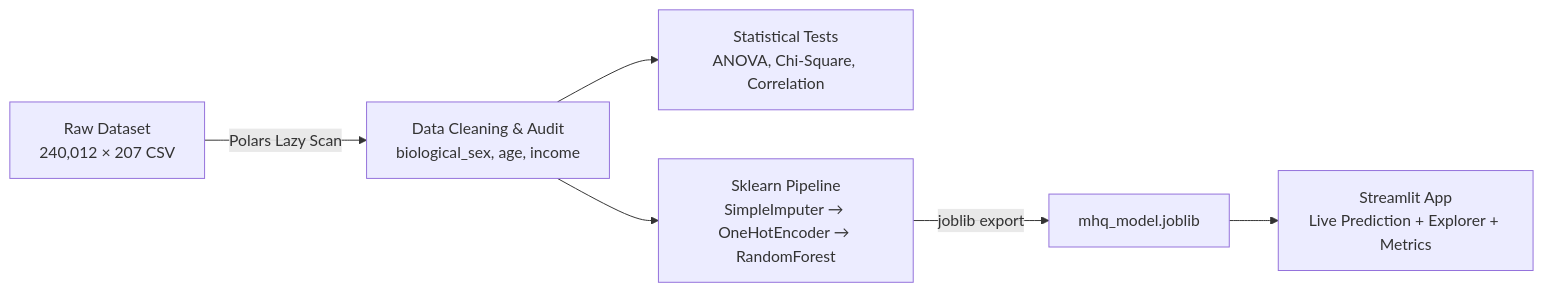
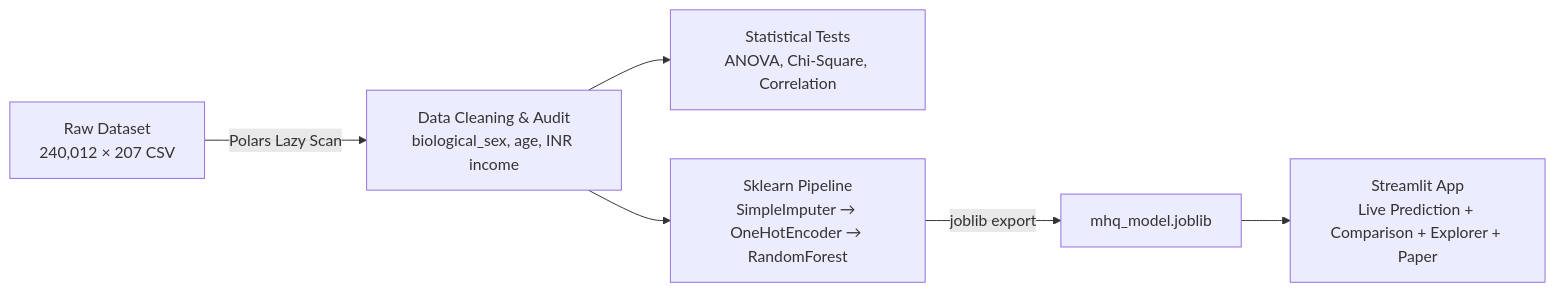
The diagram in README.md (hiteshrajpal108-stack/Mini-Project), drawn with Mermaid before and after one commit. The commit also changed other lines of this file and 1 other file, not shown here.

Commit message:
Add Demo Presets, Profile A vs B comparison, upgrade README, and remove backup files

````diff
--- a/README.md
+++ b/README.md
@@ -47,8 +63,8 @@
 ```mermaid
 flowchart LR
-    A[Raw Dataset<br/>240,012 × 207 CSV] -->|Polars Lazy Scan| B[Data Cleaning & Audit<br/>biological_sex, age, income]
+    A[Raw Dataset<br/>240,012 × 207 CSV] -->|Polars Lazy Scan| B[Data Cleaning & Audit<br/>biological_sex, age, INR income]
     B --> C[Statistical Tests<br/>ANOVA, Chi-Square, Correlation]
     B --> D[Sklearn Pipeline<br/>SimpleImputer → OneHotEncoder → RandomForest]
     D -->|joblib export| E[mhq_model.joblib]
-    E --> F[Streamlit App<br/>Live Prediction + Explorer + Metrics]
+    E --> F[Streamlit App<br/>Live Prediction + Comparison + Explorer + Paper]
 ```
````
